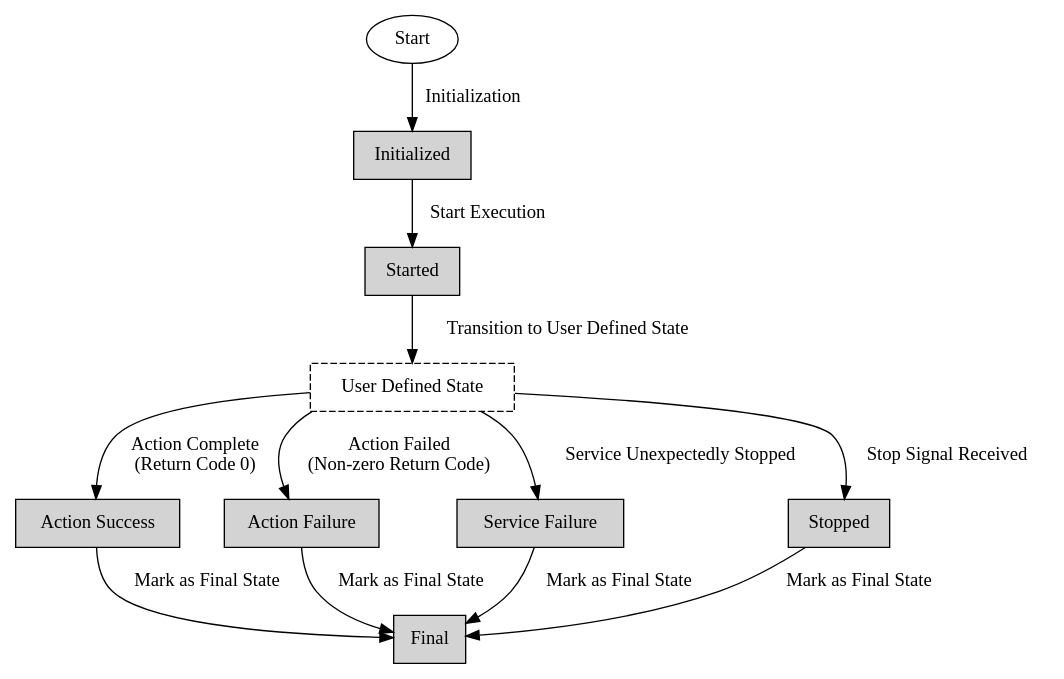
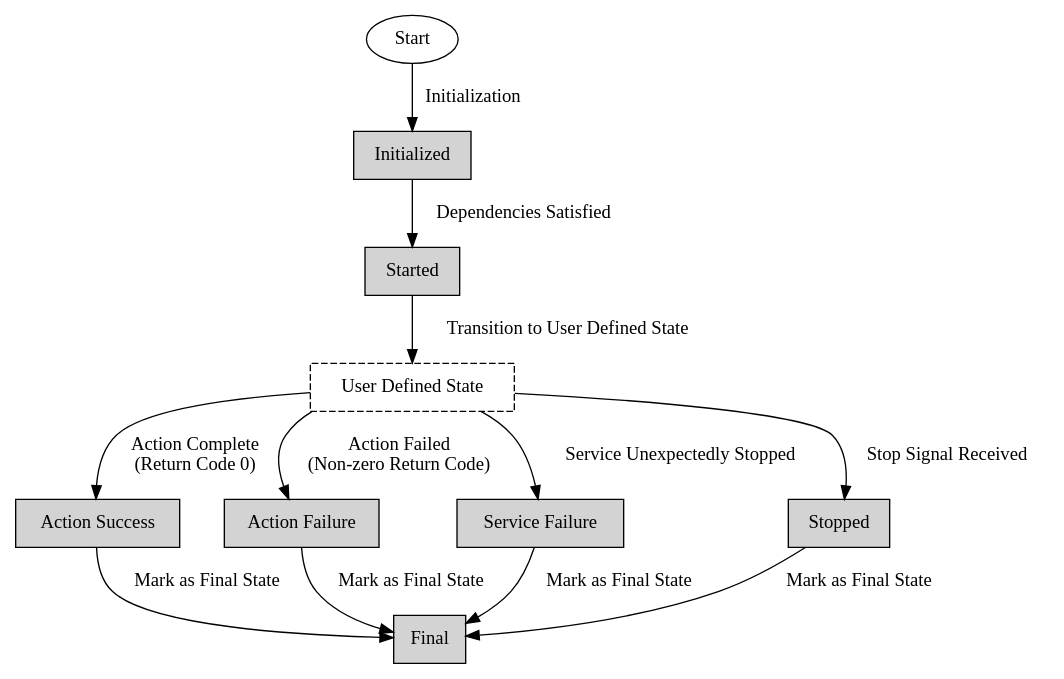
Before and after one commit to cooperative-computing-lab/cctools: the diagram in shepherd/diagram/dot/state.dot, drawn with Graphviz. The commit also changed 8 other files, not shown here.

```diff
--- a/shepherd/diagram/dot/state.dot
+++ b/shepherd/diagram/dot/state.dot
@@ -1,35 +1,35 @@
 digraph StateFlowchart {
     rankdir=TD;
 
 
     node [shape=ellipse, style=filled, fillcolor=white];
     Start [label="Start"];
      node [shape=rect, style=filled, fillcolor=lightgrey];
     Initialized [label="Initialized"];
     Started [label="Started"];
 
     node [shape=rect, style=dashed, fillcolor=lightgrey];
     UserDefinedState [label="User Defined State"];
 
 
     node [shape=rect, style=filled, fillcolor=lightgrey];
     ActionSuccess [label="Action Success"];
     ActionFailure [label="Action Failure"];
     ServiceFailure [label="Service Failure"];
     Stopped [label="Stopped"];
     Final [label="Final"];
 
     Start -> Initialized [label="Initialization"];
-    Initialized -> Started [label="Start Execution"];
+    Initialized -> Started [label="Dependencies Satisfied"];
     Started -> UserDefinedState [label="Transition to User Defined State"];
 
     UserDefinedState -> ActionSuccess [label="Action Complete\n(Return Code 0)"];
     UserDefinedState -> ActionFailure [label="Action Failed\n(Non-zero Return Code)"];
     UserDefinedState -> ServiceFailure [label="Service Unexpectedly Stopped"];
     UserDefinedState -> Stopped [label="Stop Signal Received"];
 
     ActionSuccess -> Final [label="Mark as Final State"];
     ActionFailure -> Final [label="Mark as Final State"];
     ServiceFailure -> Final [label="Mark as Final State"];
     Stopped -> Final [label="Mark as Final State"];
 }
```
